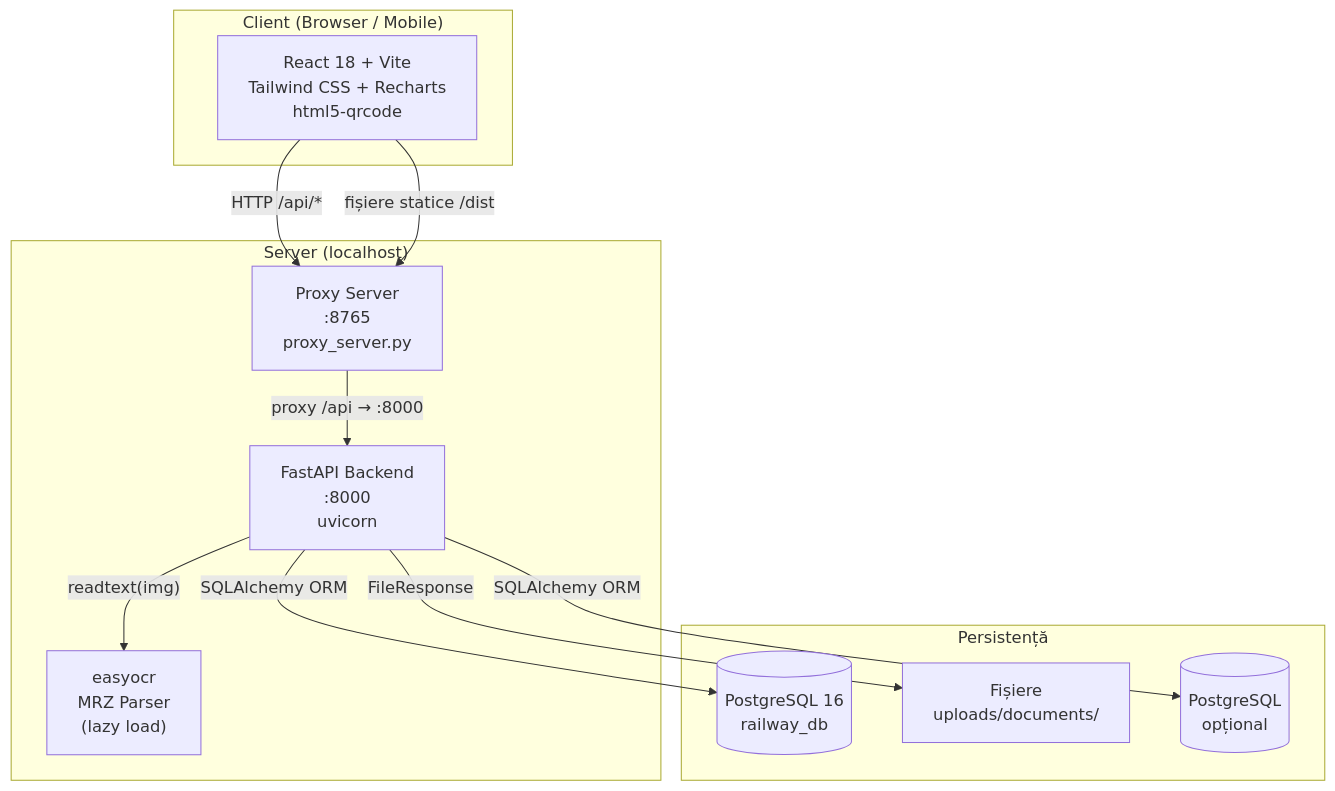
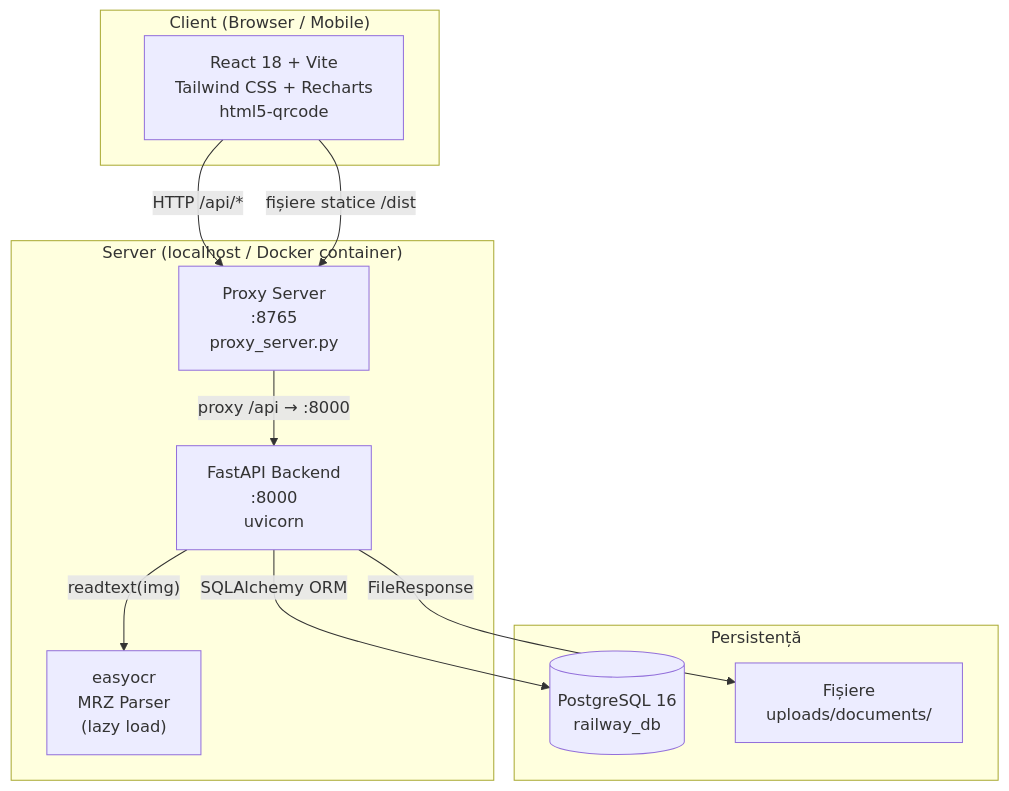
Before and after one commit to anaobreja/LICENTA: the first of 3 diagrams in docs/architecture.md, drawn with Mermaid. The commit also changed other lines of this file and 4 other files, not shown here.

First line of the commit message:
docs: complete overhaul of diagrams to match real schema (25 tables, 4 modules)

````diff
--- a/docs/architecture.md
+++ b/docs/architecture.md
@@ -5,26 +5,24 @@
 ```mermaid
 graph TB
     subgraph Client["Client (Browser / Mobile)"]
         FE["React 18 + Vite\nTailwind CSS + Recharts\nhtml5-qrcode"]
     end
 
-    subgraph Server["Server (localhost)"]
+    subgraph Server["Server (localhost / Docker container)"]
         PS["Proxy Server\n:8765\nproxy_server.py"]
         API["FastAPI Backend\n:8000\nuvicorn"]
         OCR["easyocr\nMRZ Parser\n(lazy load)"]
     end
 
     subgraph Persistence["Persistență"]
         DB[(PostgreSQL 16\nrailway_db)]
         FS["Fișiere\nuploads/documents/"]
-        PG[(PostgreSQL\nopțional)]
     end
 
     FE -->|"HTTP /api/*"| PS
     FE -->|"fișiere statice /dist"| PS
     PS -->|"proxy /api → :8000"| API
     API -->|"SQLAlchemy ORM"| DB
-    API -->|"SQLAlchemy ORM"| PG
     API -->|"FileResponse"| FS
     API -->|"readtext(img)"| OCR
 ```
````
